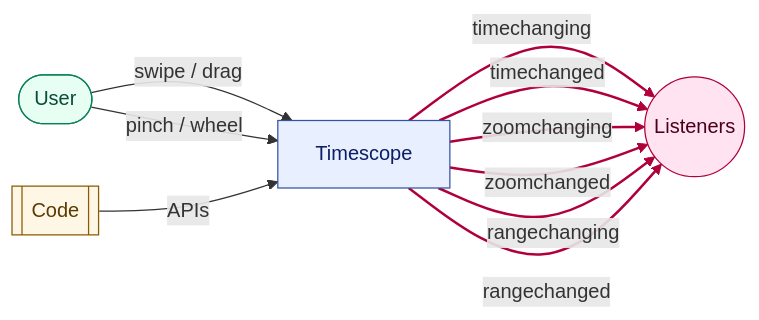
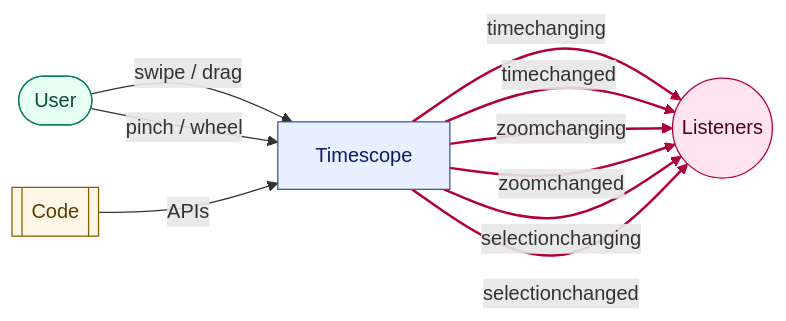
Before and after one commit to xenodrive/timescope: the diagram in packages/timescope-docs/src/guide/events.md, drawn with Mermaid. The commit also changed other lines of this file and 7 other files, not shown here.

````diff
--- a/packages/timescope-docs/src/guide/events.md
+++ b/packages/timescope-docs/src/guide/events.md
@@ -7,35 +7,35 @@
 ```mermaid
 flowchart LR
   ui([User])
   prog[[Code]]
   TL[Timescope]
   L((Listeners))
 
   ui -- swipe / drag --> TL
   ui -- pinch / wheel --> TL
   prog -- APIs --> TL
 
   TL -- timechanging --> L
   TL -- timechanged --> L
   TL -- zoomchanging --> L
   TL -- zoomchanged --> L
-  TL -- rangechanging --> L
-  TL -- rangechanged --> L
+  TL -- selectionchanging --> L
+  TL -- selectionchanged --> L
 
   classDef node fill:#e8f0ff,stroke:#3553a5,color:#0b1e66;
   classDef listener fill:#ffe3f0,stroke:#b0003a,color:#4b001a;
   classDef user fill:#e7fff2,stroke:#0a7f5a,color:#084c39;
   classDef prog fill:#fff7e6,stroke:#8a5a00,color:#5a3b00;
 
   class TL node;
   class ui user;
   class prog prog;
   class L listener;
 
   linkStyle 3 stroke:#b0003a,stroke-width:2px;
   linkStyle 4 stroke:#b0003a,stroke-width:2px;
   linkStyle 5 stroke:#b0003a,stroke-width:2px;
   linkStyle 6 stroke:#b0003a,stroke-width:2px;
   linkStyle 7 stroke:#b0003a,stroke-width:2px;
   linkStyle 8 stroke:#b0003a,stroke-width:2px;
 ```
````
